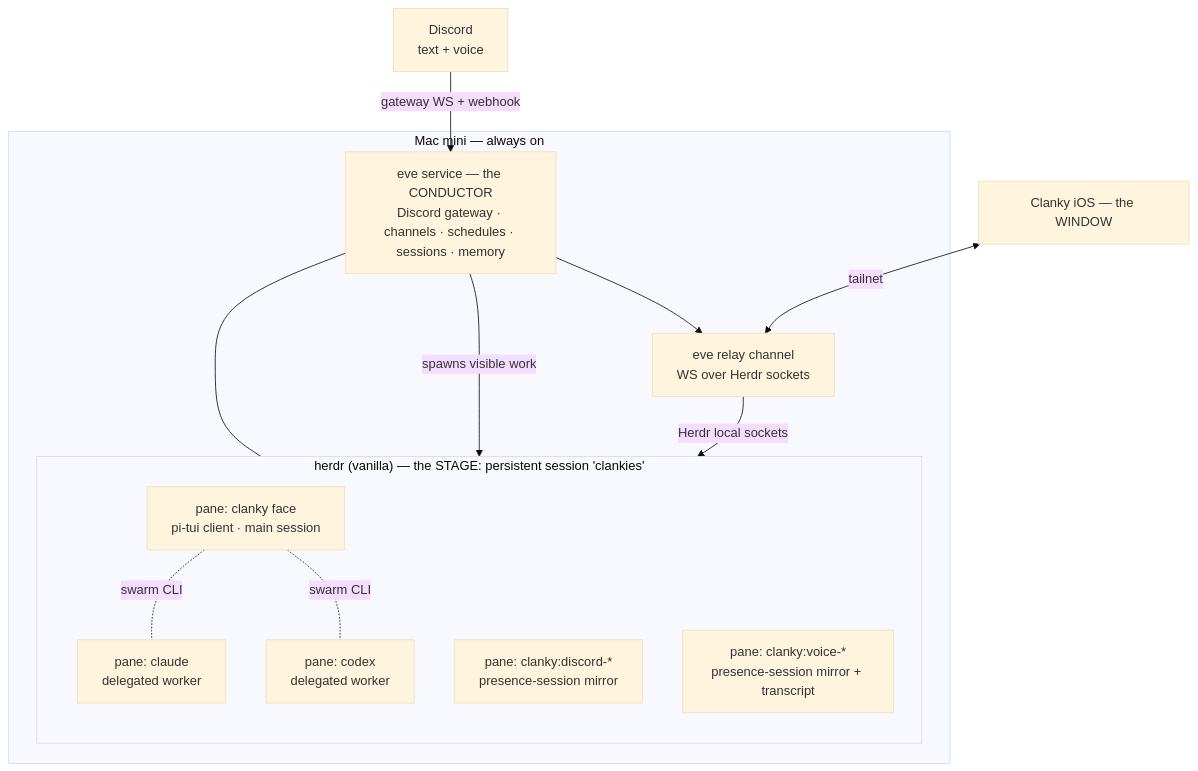
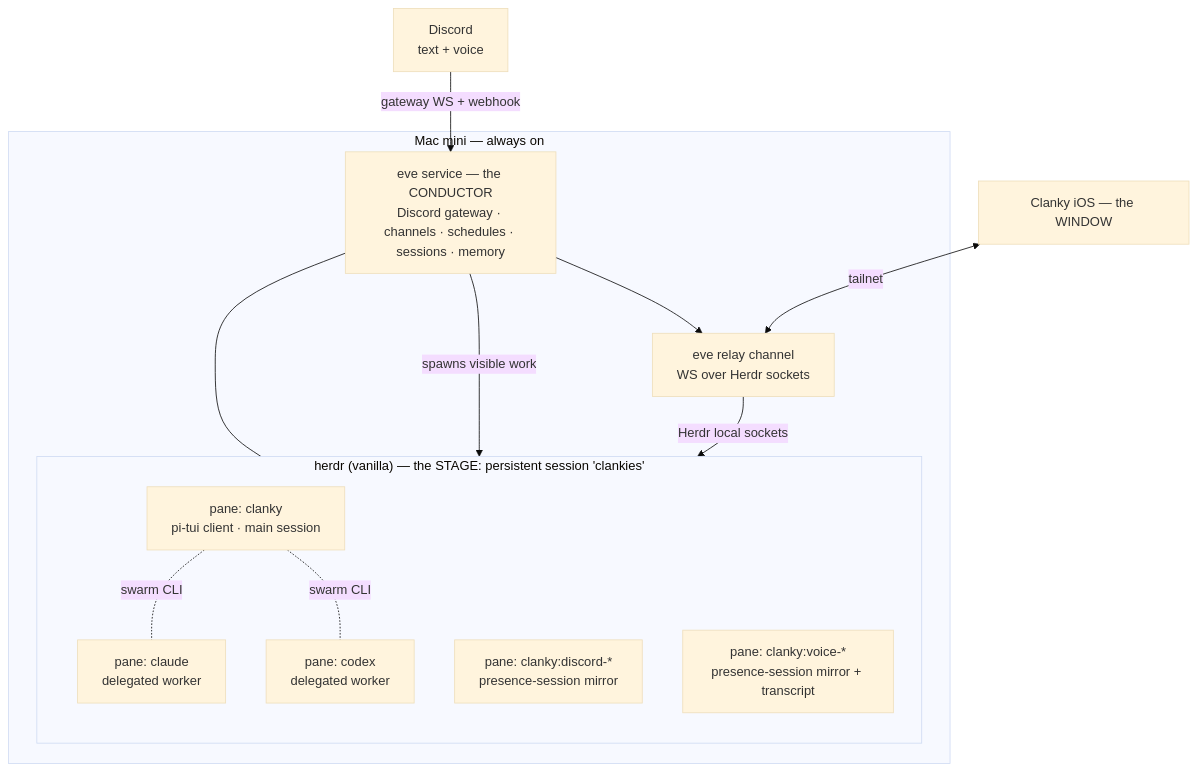
Before and after one commit to Volpestyle/clanky: the first of 3 diagrams in SPEC.md, drawn with Mermaid (base theme). The commit also changed other lines of this file and 23 other files, not shown here.

````diff
--- a/SPEC.md
+++ b/SPEC.md
@@ -59,28 +59,28 @@
 ```mermaid
 flowchart TB
   subgraph mac["Mac mini — always on"]
     subgraph herdr["herdr (vanilla) — the STAGE: persistent session 'clankies'"]
       direction TB
-      face["pane: clanky face<br/>pi-tui client · main session"]
+      face["pane: clanky<br/>pi-tui client · main session"]
       disc["pane: clanky:discord-*<br/>presence-session mirror"]
       voice["pane: clanky:voice-*<br/>presence-session mirror + transcript"]
       w1["pane: claude<br/>delegated worker"]
       w2["pane: codex<br/>delegated worker"]
     end
     eve["eve service — the CONDUCTOR<br/>Discord gateway · channels · schedules · sessions · memory"]
     relay["eve relay channel<br/>WS over Herdr sockets"]
   end
 
   phone["Clanky iOS — the WINDOW"]
   discord["Discord<br/>text + voice"]
 
   discord -->|gateway WS + webhook| eve
   eve -->|spawns visible work| herdr
   eve --- face
   eve --> relay
   relay -->|Herdr local sockets| herdr
   phone <-->|tailnet| relay
 
   face -. swarm CLI .- w1
   face -. swarm CLI .- w2
 ```
````
